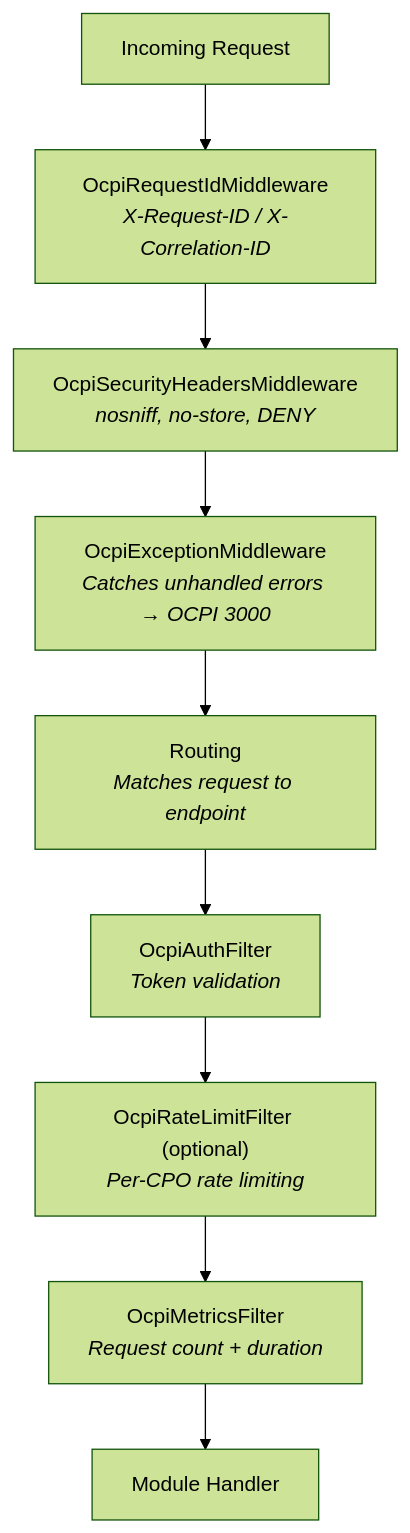
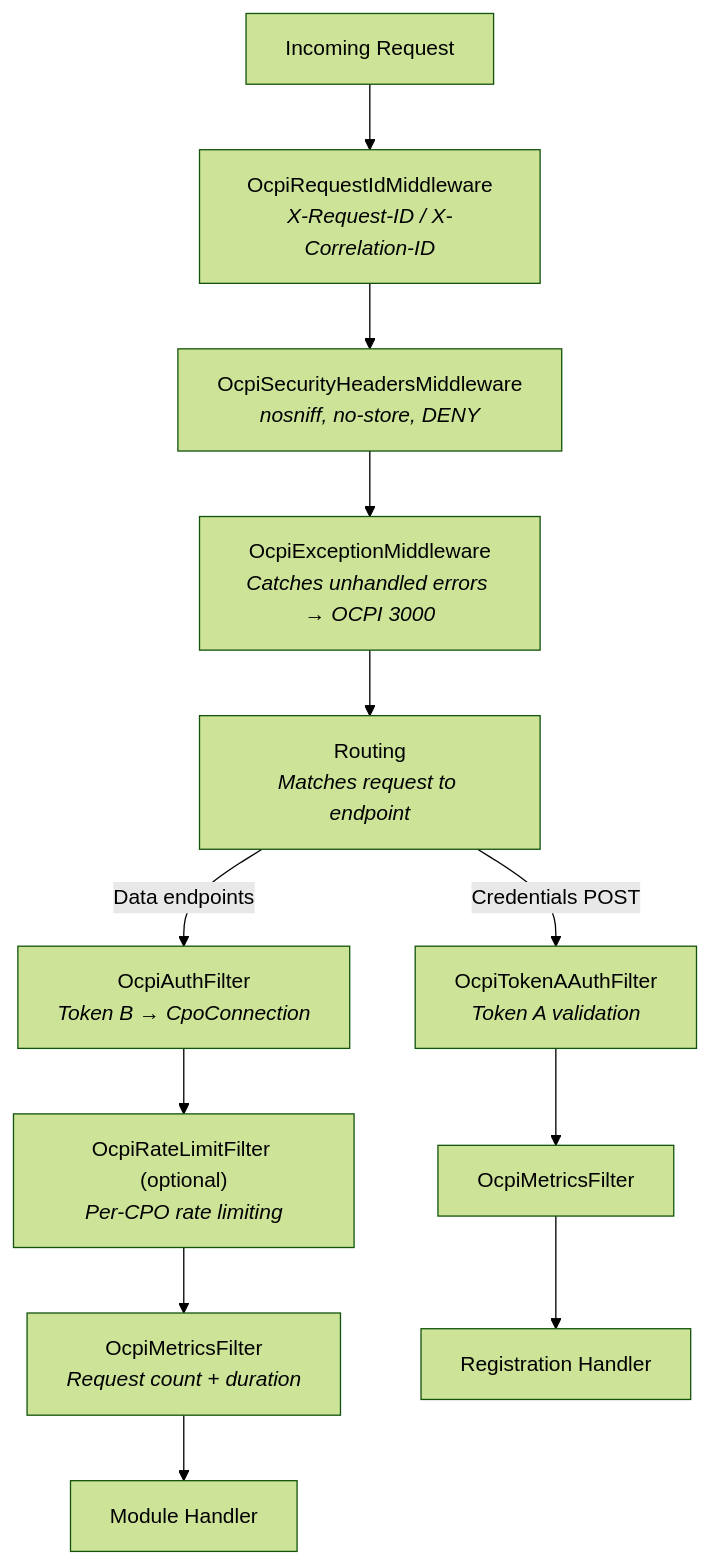
One commit to hannan-m/DotOcpi changed the third of 3 diagrams in docs/performance.md. Above: the diagram before and after it, drawn with Mermaid (forest theme). The commit also changed other lines of this file and 19 other files, not shown here.

First line of the commit message:
fix registration DoS: map credentials POST outside auth-filtered pipeline

````diff
--- a/docs/performance.md
+++ b/docs/performance.md
@@ -746,12 +746,15 @@
 ```mermaid
 graph TD
     Request["Incoming Request"]
     Request --> RequestId["OcpiRequestIdMiddleware<br/><i>X-Request-ID / X-Correlation-ID</i>"]
     RequestId --> SecurityHeaders["OcpiSecurityHeadersMiddleware<br/><i>nosniff, no-store, DENY</i>"]
     SecurityHeaders --> Exception["OcpiExceptionMiddleware<br/><i>Catches unhandled errors → OCPI 3000</i>"]
     Exception --> Routing["Routing<br/><i>Matches request to endpoint</i>"]
-    Routing --> Auth["OcpiAuthFilter<br/><i>Token validation</i>"]
+    Routing -->|Data endpoints| Auth["OcpiAuthFilter<br/><i>Token B → CpoConnection</i>"]
     Auth --> RateLimit["OcpiRateLimitFilter (optional)<br/><i>Per-CPO rate limiting</i>"]
     RateLimit --> Metrics["OcpiMetricsFilter<br/><i>Request count + duration</i>"]
     Metrics --> Handler["Module Handler"]
+    Routing -->|Credentials POST| TokenA["OcpiTokenAAuthFilter<br/><i>Token A validation</i>"]
+    TokenA --> MetricsReg["OcpiMetricsFilter"]
+    MetricsReg --> RegHandler["Registration Handler"]
 ```
````
